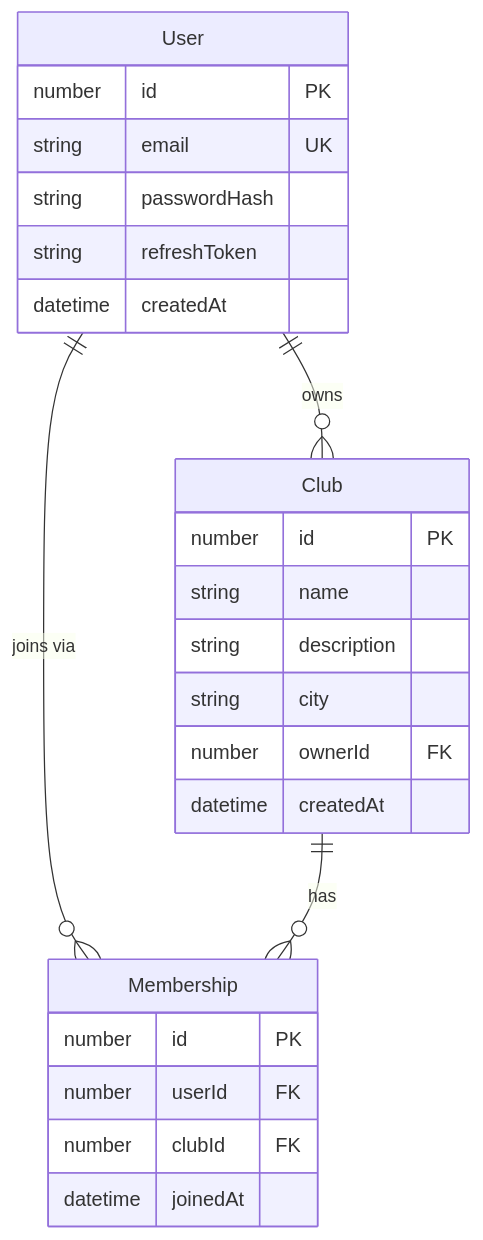
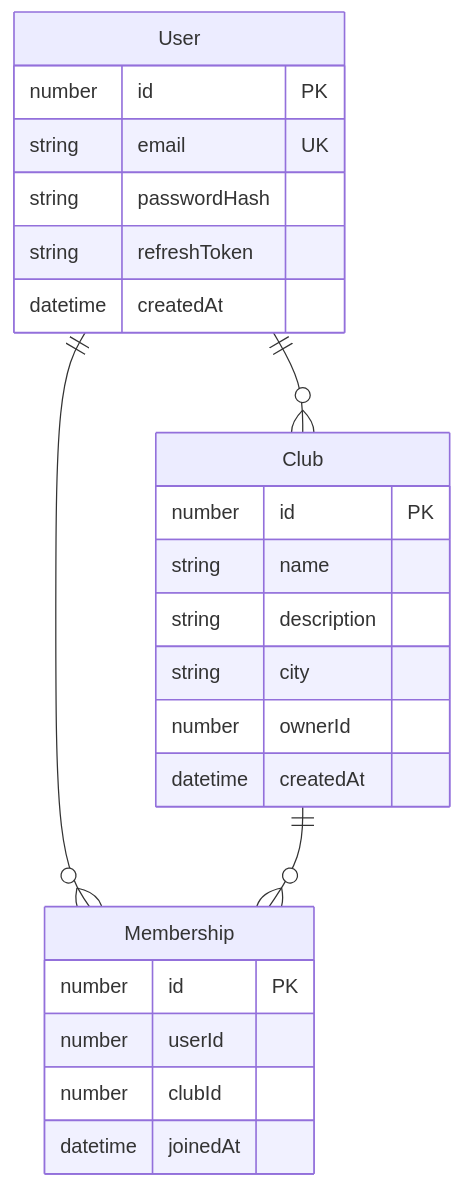
One commit to luisgrandegg/club-manager changed the third of 4 diagrams in docs/architecture.md. Above: the diagram before and after it, drawn with Mermaid. The commit also changed other lines of this file and 3 other files, not shown here.

First line of the commit message:
feat: auto-generate architecture diagram on every commit

````diff
--- a/docs/architecture.md
+++ b/docs/architecture.md
@@ -72,30 +65,30 @@
 ```mermaid
 erDiagram
+    Club {
+        number id PK
+        string name
+        string description
+        string city
+        number ownerId
+        datetime createdAt
+    }
+
+    Membership {
+        number id PK
+        number userId
+        number clubId
+        datetime joinedAt
+    }
+
     User {
         number id PK
         string email UK
         string passwordHash
         string refreshToken
         datetime createdAt
     }
 
-    Club {
-        number id PK
-        string name
-        string description
-        string city
-        number ownerId FK
-        datetime createdAt
-    }
-
-    Membership {
-        number id PK
-        number userId FK
-        number clubId FK
-        datetime joinedAt
-    }
-
-    User ||--o{ Club       : "owns"
-    User ||--o{ Membership : "joins via"
-    Club ||--o{ Membership : "has"
+    User ||--o{ Club : " "
+    User ||--o{ Membership : " "
+    Club ||--o{ Membership : " "
 ```
````
